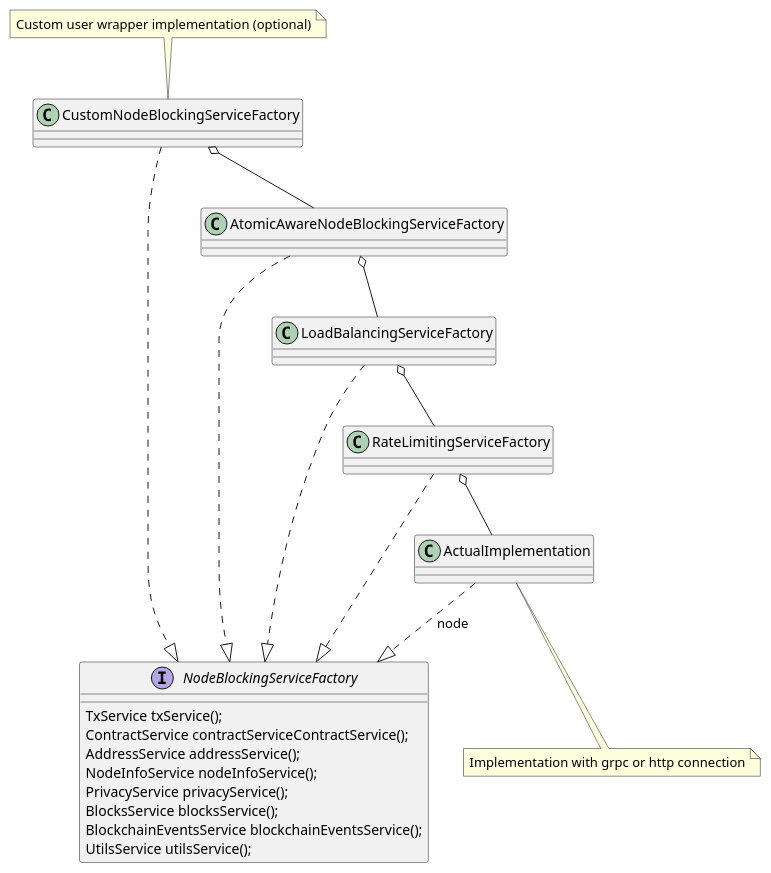
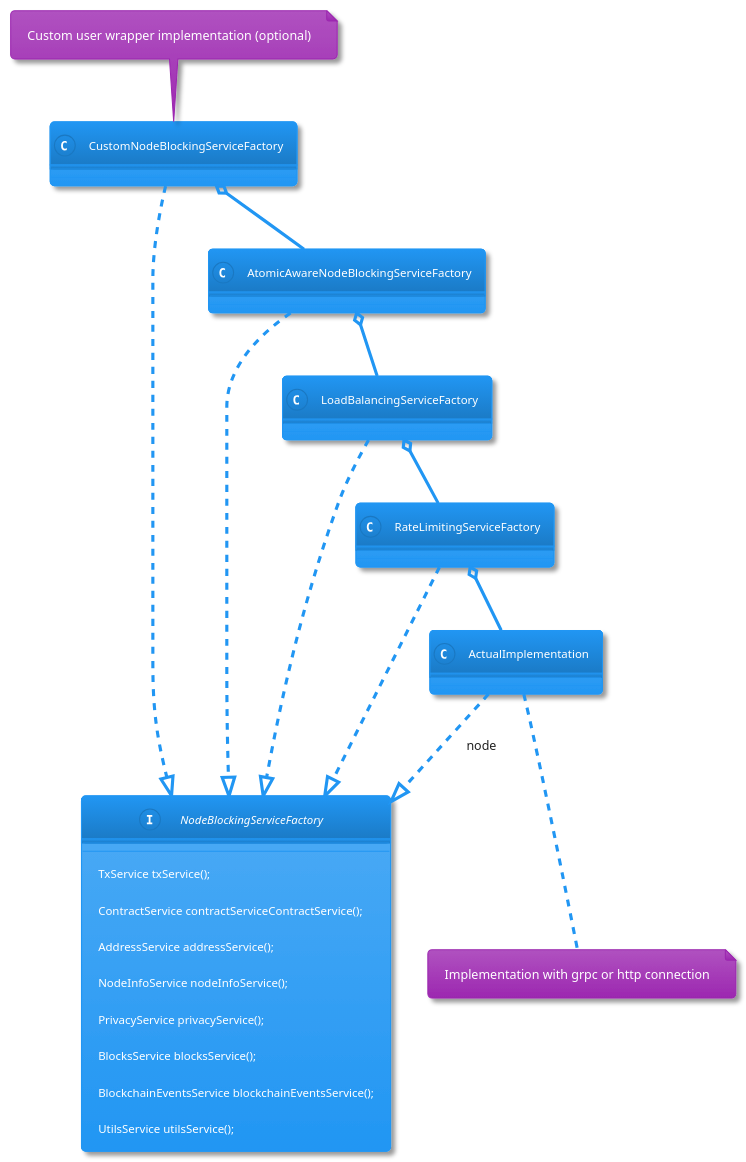
The diagram in puml/schema_of_warappers.puml (waves-enterprise/we-sdk-spring), drawn with PlantUML before and after one commit. The commit also changed 6 other files, not shown here.

Commit message:
Edit puml schemas

```diff
--- a/puml/schema_of_warappers.puml
+++ b/puml/schema_of_warappers.puml
@@ -1,31 +1,31 @@
 @startuml diagram
-
+!theme materia
 interface NodeBlockingServiceFactory {
     TxService txService();
     ContractService contractServiceContractService();
     AddressService addressService();
     NodeInfoService nodeInfoService();
     PrivacyService privacyService();
     BlocksService blocksService();
     BlockchainEventsService blockchainEventsService();
     UtilsService utilsService();
 }
 
 LoadBalancingServiceFactory o-- RateLimitingServiceFactory
 AtomicAwareNodeBlockingServiceFactory o-- LoadBalancingServiceFactory
 CustomNodeBlockingServiceFactory o-- AtomicAwareNodeBlockingServiceFactory
 RateLimitingServiceFactory o-- ActualImplementation
 
 
 LoadBalancingServiceFactory ..|> NodeBlockingServiceFactory
 AtomicAwareNodeBlockingServiceFactory ..|> NodeBlockingServiceFactory
 CustomNodeBlockingServiceFactory ..|> NodeBlockingServiceFactory
 RateLimitingServiceFactory ..|> NodeBlockingServiceFactory
 ActualImplementation ..|> NodeBlockingServiceFactory : node
 
 note bottom of ActualImplementation: Implementation with grpc or http connection
 note top of CustomNodeBlockingServiceFactory: Custom user wrapper implementation (optional)
 
 
 
 @enduml
```
